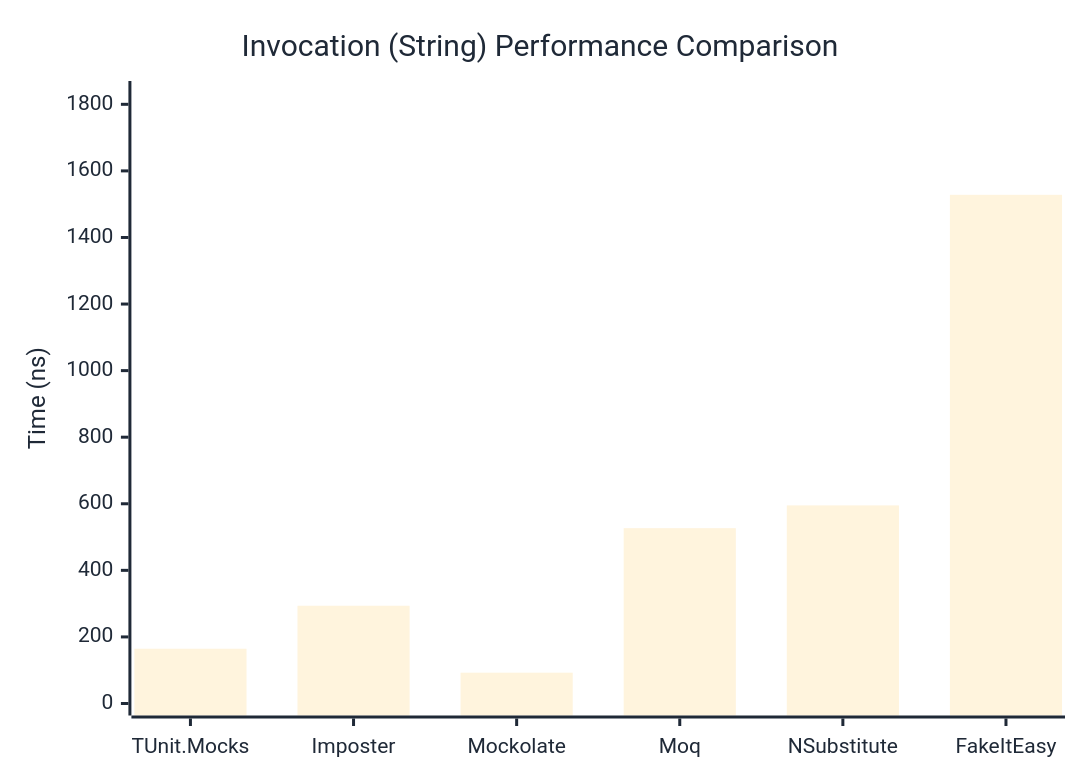
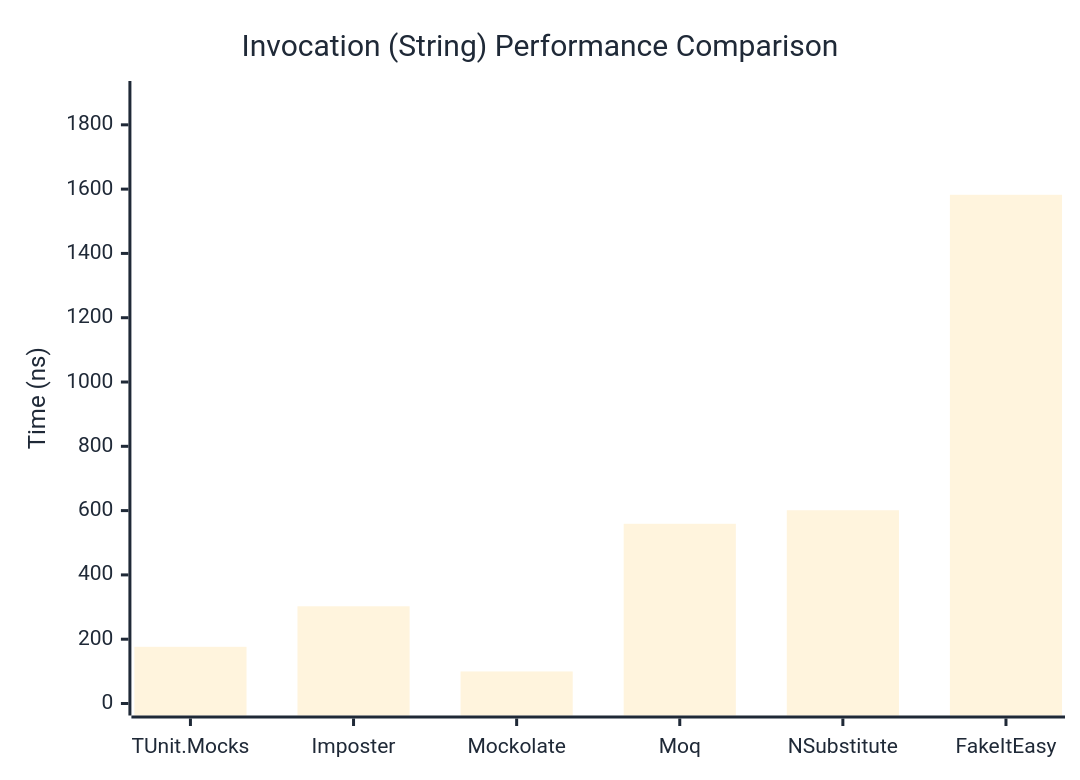
The second of 3 diagrams in docs/docs/benchmarks/mocks/Invocation.md (thomhurst/TUnit), drawn with Mermaid before and after one commit. The commit also changed other lines of this file and 14 other files, not shown here.

````diff
--- a/docs/docs/benchmarks/mocks/Invocation.md
+++ b/docs/docs/benchmarks/mocks/Invocation.md
@@ -71,27 +71,27 @@
 ```mermaid
 %%{init: {
   'theme':'base',
   'themeVariables': {
     'primaryColor': '#2563eb',
     'primaryTextColor': '#1f2937',
     'primaryBorderColor': '#1e40af',
     'lineColor': '#6b7280',
     'secondaryColor': '#7c3aed',
     'tertiaryColor': '#dc2626',
     'background': '#ffffff',
     'pie1': '#2563eb',
     'pie2': '#7c3aed',
     'pie3': '#dc2626',
     'pie4': '#f59e0b',
     'pie5': '#10b981',
     'pie6': '#06b6d4',
     'pie7': '#ec4899',
     'pie8': '#6366f1'
   }
 }}%%
 xychart-beta
   title "Invocation (String) Performance Comparison"
   x-axis ["TUnit.Mocks", "Imposter", "Mockolate", "Moq", "NSubstitute", "FakeItEasy"]
-  y-axis "Time (ns)" 0 --> 1834
-  bar [164.54, 293.66, 92.57, 526.72, 595.15, 1528.14]
+  y-axis "Time (ns)" 0 --> 1899
+  bar [176.34, 302.4, 99.66, 559.03, 601.16, 1582.41]
 ```
````
